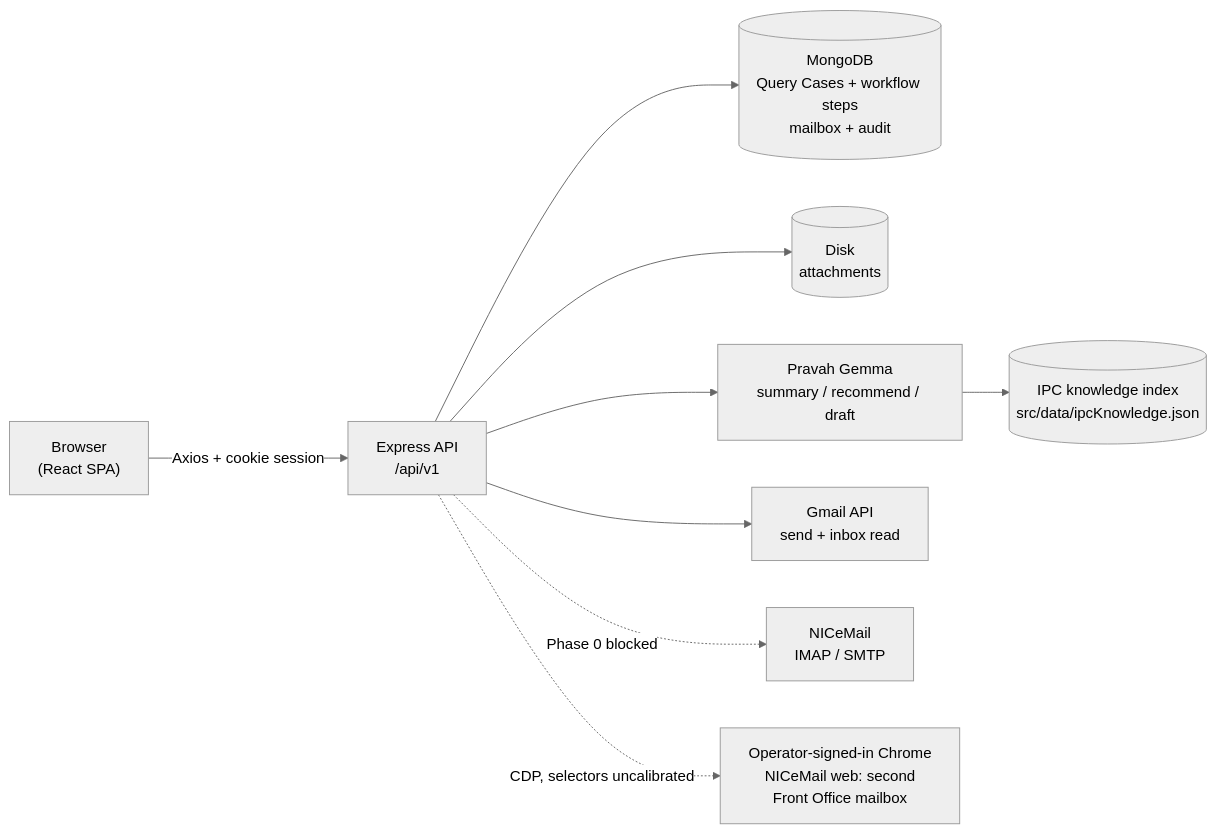
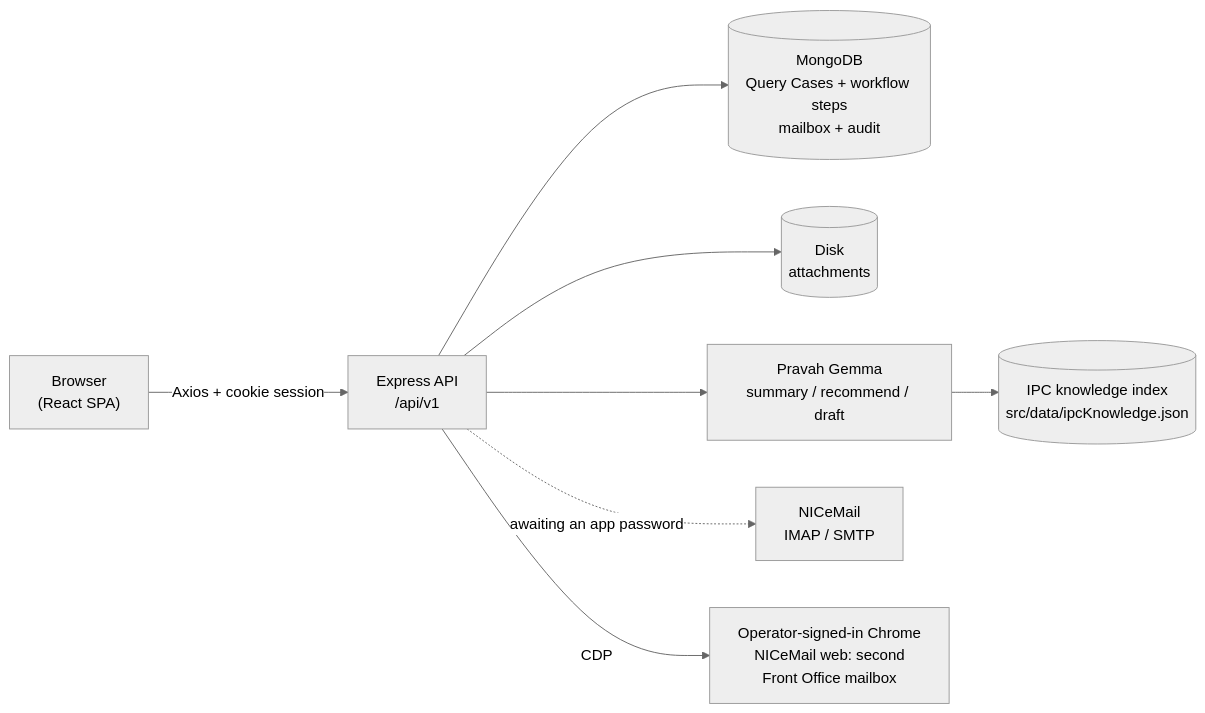
The first of 2 diagrams in docs/architecture/system-architecture.md (Abhinash04/ipc-qms), drawn with Mermaid (neutral theme) before and after one commit. The commit also changed other lines of this file and 23 other files, not shown here.

````diff
--- a/docs/architecture/system-architecture.md
+++ b/docs/architecture/system-architecture.md
@@ -5,13 +5,12 @@
 ```mermaid
 flowchart LR
     Browser["Browser\n(React SPA)"] -->|Axios + cookie session| API["Express API\n/api/v1"]
 
     API --> DB[("MongoDB\nQuery Cases + workflow steps\nmailbox + audit")]
     API --> Disk[("Disk\nattachments")]
     API --> AI["Pravah Gemma\nsummary / recommend / draft"]
-    API --> Mail["Gmail API\nsend + inbox read"]
-    API -.Phase 0 blocked.-> NIC["NICeMail\nIMAP / SMTP"]
-    API -.->|CDP, selectors uncalibrated| NICWeb["Operator-signed-in Chrome\nNICeMail web: second\nFront Office mailbox"]
+    API -.awaiting an app password.-> NIC["NICeMail\nIMAP / SMTP"]
+    API -->|CDP| NICWeb["Operator-signed-in Chrome\nNICeMail web: second\nFront Office mailbox"]
 
     AI --> Corpus[("IPC knowledge index\nsrc/data/ipcKnowledge.json")]
 ```
````
